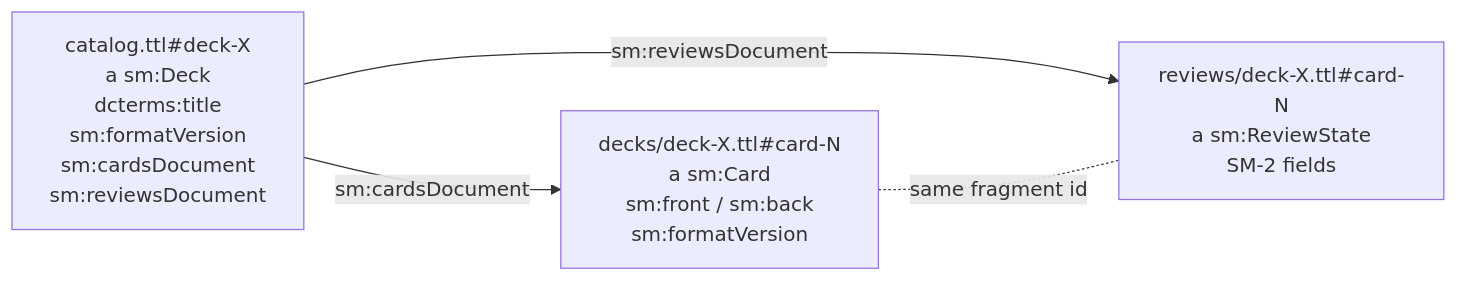
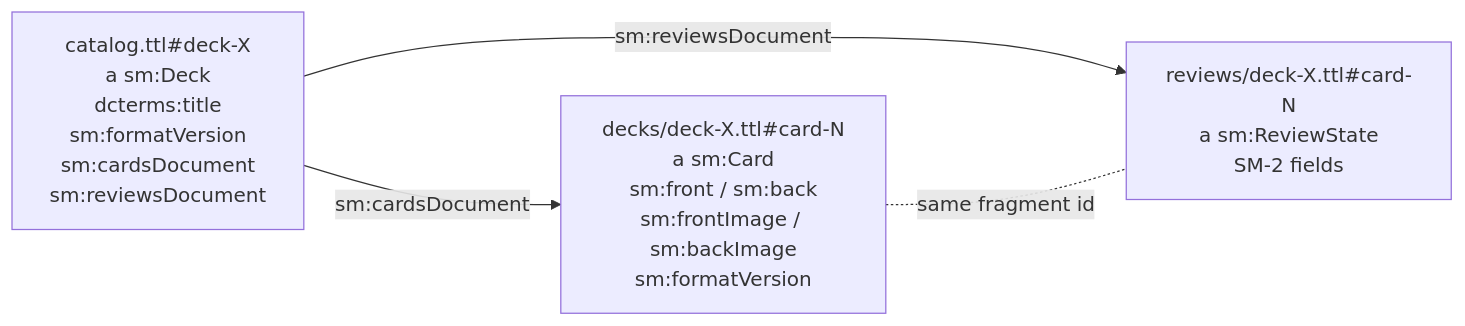
The second of 2 diagrams in docs/data-model.md (antwika/solid-memo), drawn with Mermaid before and after one commit. The commit also changed other lines of this file and 54 other files, not shown here.

````diff
--- a/docs/data-model.md
+++ b/docs/data-model.md
@@ -75,9 +77,9 @@
 ```mermaid
 graph LR
     C["catalog.ttl#deck-X<br/>a sm:Deck<br/>dcterms:title<br/>sm:formatVersion<br/>sm:cardsDocument<br/>sm:reviewsDocument"]
-    D["decks/deck-X.ttl#card-N<br/>a sm:Card<br/>sm:front / sm:back<br/>sm:formatVersion"]
+    D["decks/deck-X.ttl#card-N<br/>a sm:Card<br/>sm:front / sm:back<br/>sm:frontImage / sm:backImage<br/>sm:formatVersion"]
     R["reviews/deck-X.ttl#card-N<br/>a sm:ReviewState<br/>SM-2 fields"]
     C -->|sm:cardsDocument| D
     C -->|sm:reviewsDocument| R
     D -. same fragment id .- R
 ```
````
